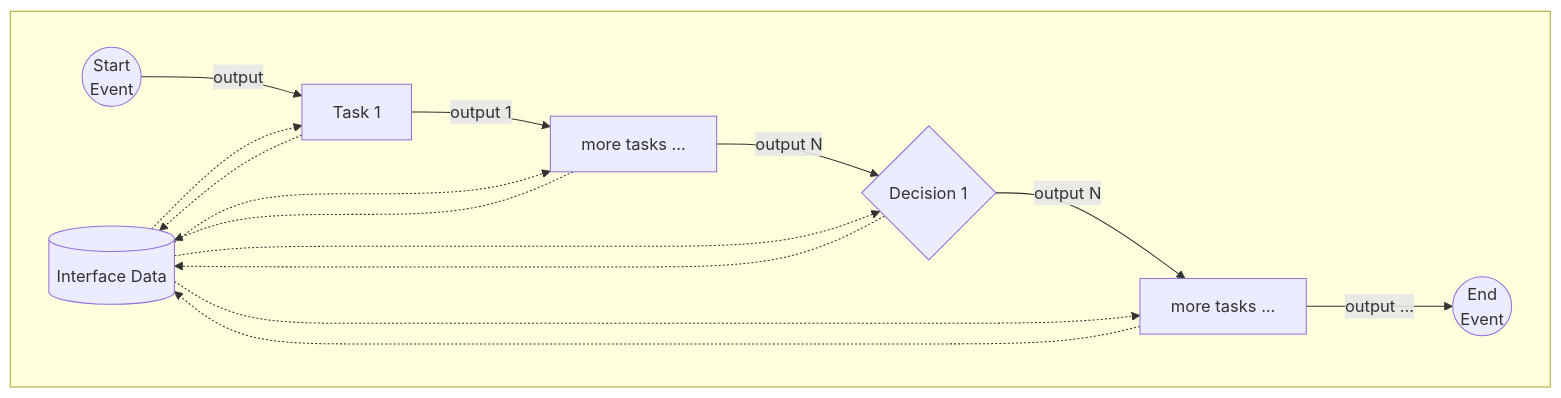
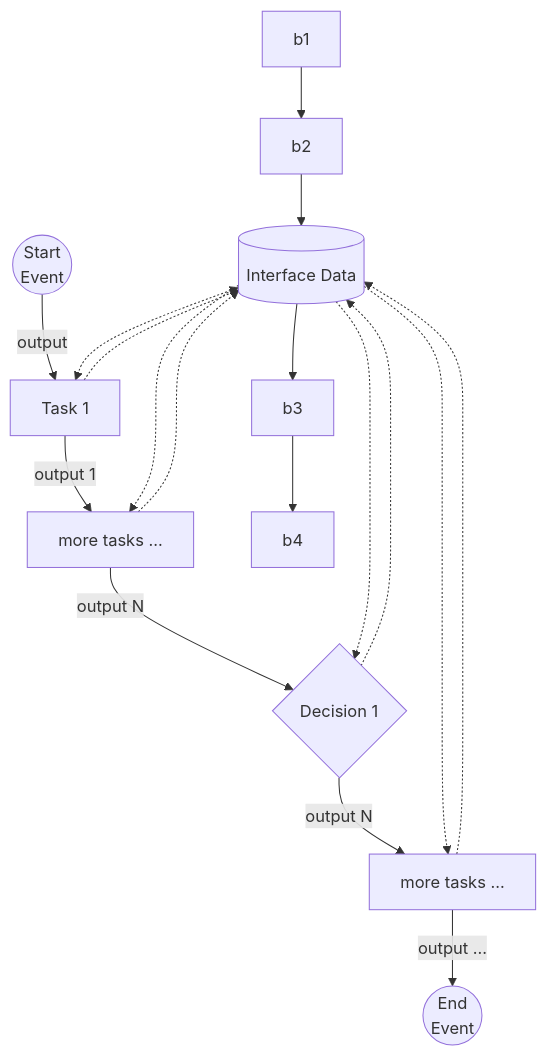
One commit to Paulo-Reis-Rosa/test-git-commands changed the fifth of 6 diagrams in README.md. Above: the diagram before and after it, drawn with Mermaid.

Commit message:
Revise mermaid diagram in README.md
Updated the mermaid diagram to include additional connections and improve clarity.

````diff
--- a/README.md
+++ b/README.md
@@ -190,19 +190,23 @@
 ```mermaid
 graph TD
-		subgraph  ;
-			i1[(Interface Data)]
-			se((Start<br>Event))-->|output|t1[Task 1];
-			t1-->|output 1|t2[more tasks ...];
-			t2-->|output N|d1{Decision 1};
-			d1-->|output N|t3[more tasks ...];
-			t3-->|output ...|ed((End<br>Event));
-		end
-		i1-.->t1;
+		i1[(Interface Data)]
+		se((Start<br>Event))-->|output|t1[Task 1];
+		t1-->|output 1|t2[more tasks ...];
+		t2-->|output N|d1{Decision 1};
+		d1-->|output N|t3[more tasks ...];
+		t3-->|output ...|ed((End<br>Event));
+
+		b1 --> b2;
+		b2 --> i1;
+		i1 --> b3;
+		b3 --> b4;
+
+		i1<-.->t1;
 		t1-.->i1;
 		i1-.->t2;
 		t2-.->i1;
 		i1-.->t3;
 		t3-.->i1;
 		i1-.->d1;
 		d1-.->i1;
 ```
````
